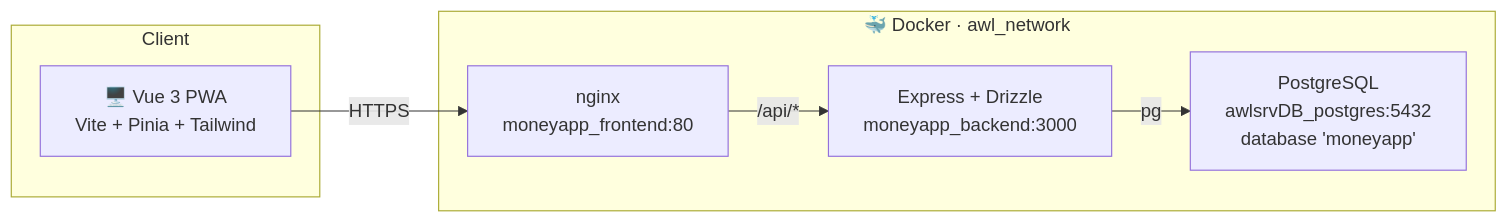
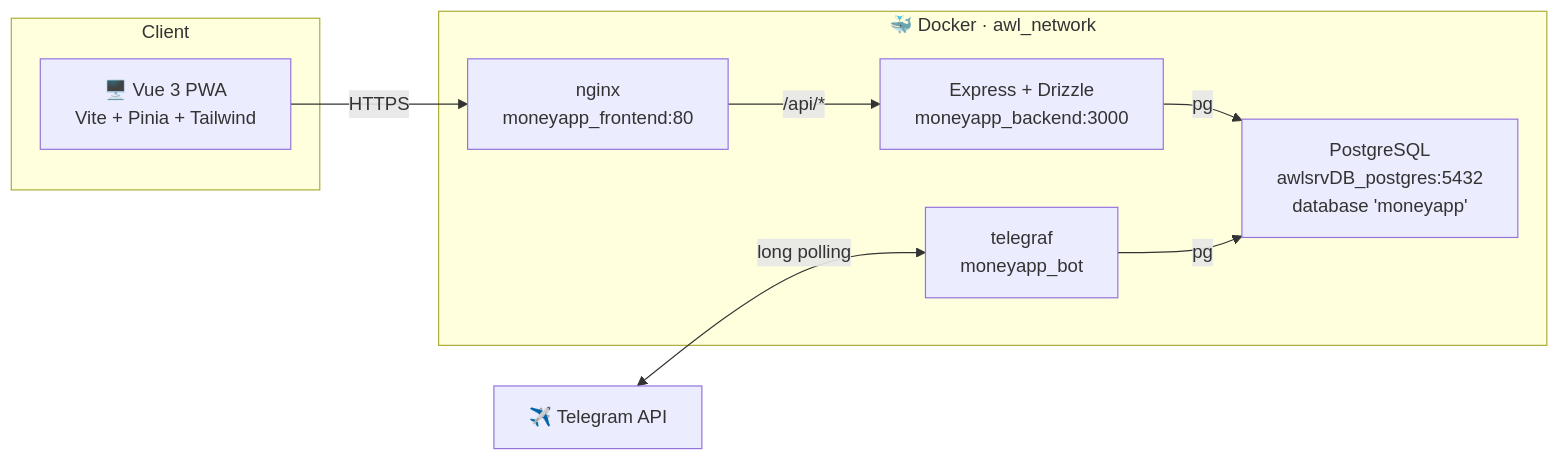
Before and after one commit to moablive/LBS_MoneyAPP: the first of 2 diagrams in README.md, drawn with Mermaid. The commit also changed other lines of this file and 22 other files, not shown here.

First line of the commit message:
feat(bot): integra o Telegram bot ao monorepo

````diff
--- a/README.md
+++ b/README.md
@@ -178,16 +189,21 @@
 ```mermaid
 flowchart LR
   subgraph Client
     PWA["🖥️ Vue 3 PWA<br/>Vite + Pinia + Tailwind"]
   end
 
+  TG["✈️ Telegram API"]
+
   subgraph awl_network["🐳 Docker · awl_network"]
     NGINX["nginx<br/>moneyapp_frontend:80"]
     API["Express + Drizzle<br/>moneyapp_backend:3000"]
+    BOT["telegraf<br/>moneyapp_bot"]
     PG["PostgreSQL<br/>awlsrvDB_postgres:5432<br/>database 'moneyapp'"]
   end
 
   PWA -- "HTTPS" --> NGINX
   NGINX -- "/api/*" --> API
   API -- "pg" --> PG
+  TG <-- "long polling" --> BOT
+  BOT -- "pg" --> PG
 ```
````
